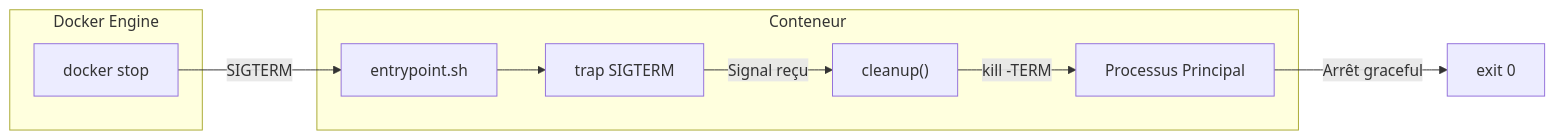
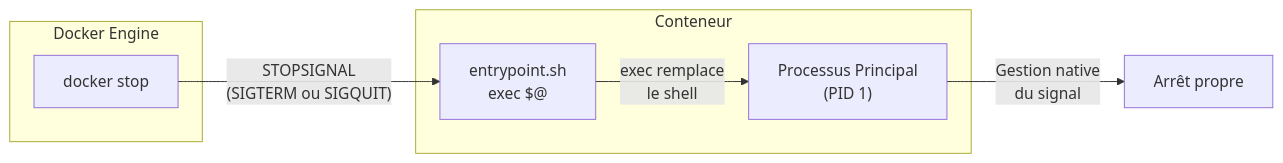
Before and after one commit to Mazlai/DevForDocker: the fourth of 8 diagrams in ARCHITECTURE.md, drawn with Mermaid. The commit also changed other lines of this file and 7 other files, not shown here.

Commit message:
refactor: use exec for signal handling, enhance docs clarify

````diff
--- a/ARCHITECTURE.md
+++ b/ARCHITECTURE.md
@@ -104,19 +127,15 @@
 ```mermaid
 flowchart LR
     subgraph Docker["Docker Engine"]
         STOP["docker stop"]
     end
     
     subgraph Container["Conteneur"]
-        EP["entrypoint.sh"]
-        TRAP["trap SIGTERM"]
-        PROC["Processus Principal"]
-        CLEAN["cleanup()"]
+        EP["entrypoint.sh<br/>exec $@"]
+        PROC["Processus Principal<br/>(PID 1)"]
     end
     
-    STOP -->|"SIGTERM"| EP
-    EP --> TRAP
-    TRAP -->|"Signal reçu"| CLEAN
-    CLEAN -->|"kill -TERM"| PROC
-    PROC -->|"Arrêt graceful"| EXIT["exit 0"]
+    STOP -->|"STOPSIGNAL<br/>(SIGTERM ou SIGQUIT)"| EP
+    EP -->|"exec remplace<br/>le shell"| PROC
+    PROC -->|"Gestion native<br/>du signal"| EXIT["Arrêt propre"]
 ```
````
